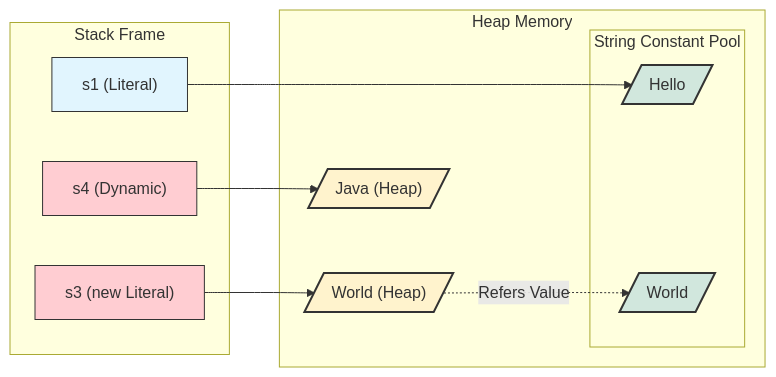
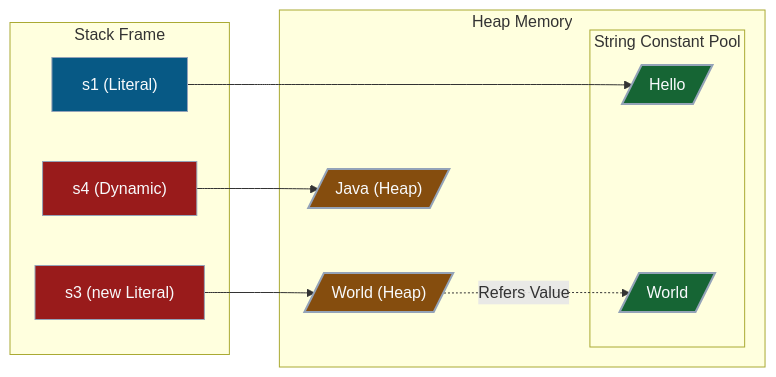
One commit to Kang-Hyesung/kang-hyesung.github.io changed the diagram in _posts/java/09-불변_객체와_String_클래스/2026-01-25-문자열-비교.md. Above: the diagram before and after it, drawn with Mermaid. The commit also changed 74 other files, not shown here.

Commit message:
docs: update post visibility and mermaid colors

````diff
--- a/_posts/java/09-불변_객체와_String_클래스/2026-01-25-문자열-비교.md
+++ b/_posts/java/09-불변_객체와_String_클래스/2026-01-25-문자열-비교.md
@@ -59,38 +59,38 @@
 ```mermaid
 graph LR
     subgraph "Stack Frame"
         s1["s1 (Literal)"]
         s3["s3 (new Literal)"]
         s4["s4 (Dynamic)"]
     end
 
     subgraph "Heap Memory"
         subgraph "String Constant Pool"
             Hello[/"Hello"/]
             WorldPool[/"World"/]
         end
         
         WorldHeap[/"World (Heap)"/]
         JavaHeap[/"Java (Heap)"/]
     end
 
     %% 1. 리터럴: 바로 Pool 참조
     s1 --> Hello
 
     %% 2. new Literal: Heap 참조, Heap은 Pool 값 참조
     s3 --> WorldHeap
     WorldHeap -.->|Refers Value| WorldPool
 
     %% 3. 동적 생성: Heap만 존재, Pool에는 없음!
     s4 --> JavaHeap
     
     %% 스타일 정의
-    style Hello fill:#d1e7dd,stroke:#333,stroke-width:2px
-    style WorldPool fill:#d1e7dd,stroke:#333,stroke-width:2px
-    style WorldHeap fill:#fff3cd,stroke:#333,stroke-width:2px
-    style JavaHeap fill:#fff3cd,stroke:#333,stroke-width:2px
-    style s1 fill:#e1f5fe,stroke:#333
-    style s3 fill:#ffcdd2,stroke:#333
-    style s4 fill:#ffcdd2,stroke:#333
+    style Hello fill:#166534,stroke:#94a3b8,stroke-width:2px,color:#f8fafc
+    style WorldPool fill:#166534,stroke:#94a3b8,stroke-width:2px,color:#f8fafc
+    style WorldHeap fill:#854d0e,stroke:#94a3b8,stroke-width:2px,color:#f8fafc
+    style JavaHeap fill:#854d0e,stroke:#94a3b8,stroke-width:2px,color:#f8fafc
+    style s1 fill:#075985,stroke:#94a3b8,color:#f8fafc
+    style s3 fill:#991b1b,stroke:#94a3b8,color:#f8fafc
+    style s4 fill:#991b1b,stroke:#94a3b8,color:#f8fafc
 
 ```
````
